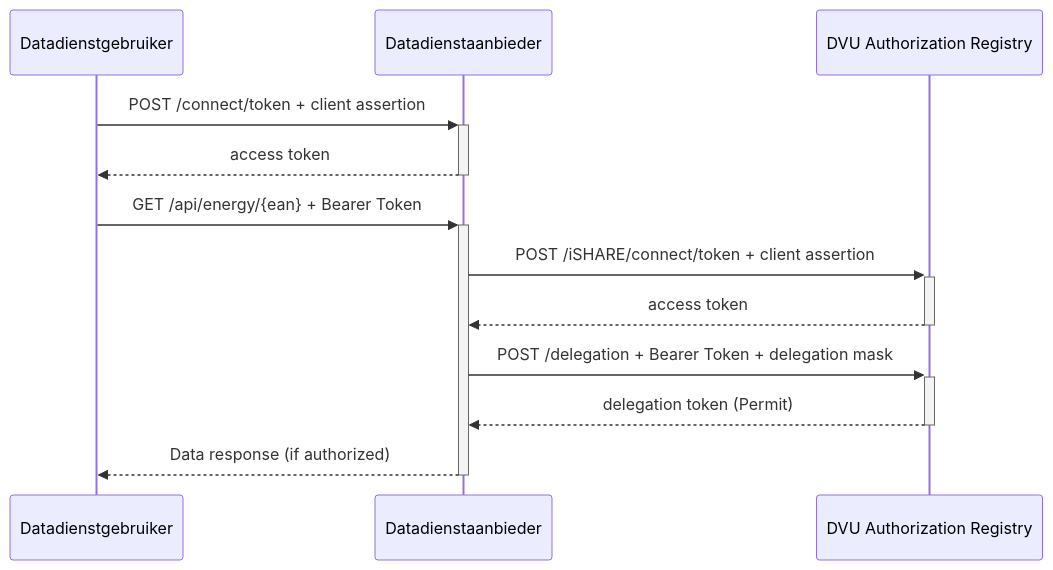
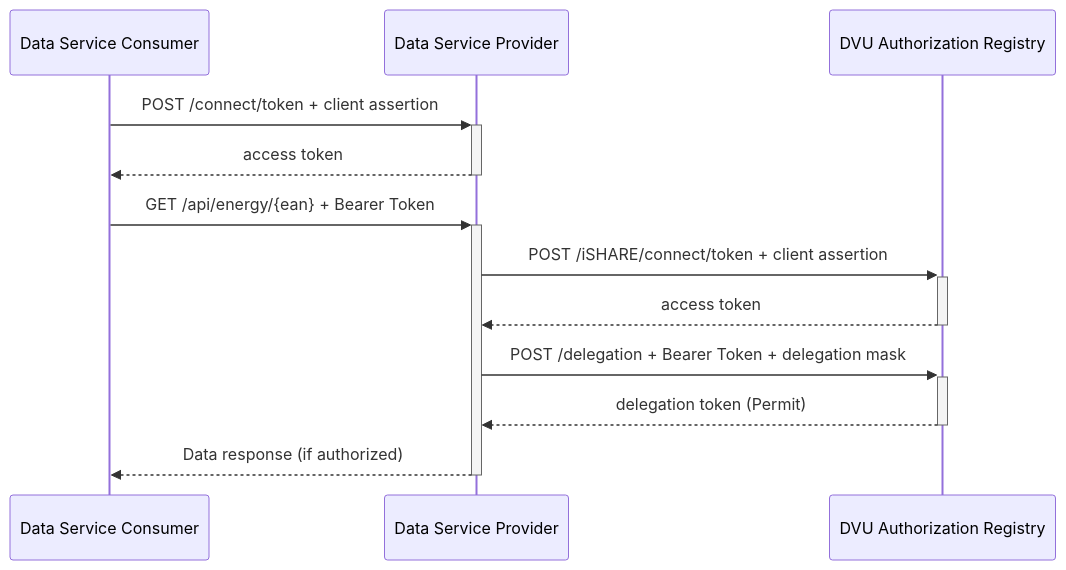
Before and after one commit to POORT8/Poort8.Docs: the diagram in dvu/data-service-provider.md, drawn with Mermaid. The commit also changed other lines of this file and 14 other files, not shown here.

````diff
--- a/dvu/data-service-provider.md
+++ b/dvu/data-service-provider.md
@@ -166,15 +158,15 @@
 ```mermaid
 sequenceDiagram
-    participant Datadienstgebruiker
-    participant DSP as Datadienstaanbieder
-    participant DVU_AR as DVU Authorization Registry
+    participant Consumer as Data Service Consumer
+    participant DSP as Data Service Provider
+    participant AR as DVU Authorization Registry
 
-    Datadienstgebruiker->>+DSP: POST /connect/token + client assertion
-    DSP-->>-Datadienstgebruiker: access token
-    Datadienstgebruiker->>+DSP: GET /api/energy/{ean} + Bearer Token
-    DSP->>+DVU_AR: POST /iSHARE/connect/token + client assertion
-    DVU_AR-->>-DSP: access token
-    DSP->>+DVU_AR: POST /delegation + Bearer Token + delegation mask
-    DVU_AR-->>-DSP: delegation token (Permit)
-    DSP-->>-Datadienstgebruiker: Data response (if authorized)
+    Consumer->>+DSP: POST /connect/token + client assertion
+    DSP-->>-Consumer: access token
+    Consumer->>+DSP: GET /api/energy/{ean} + Bearer Token
+    DSP->>+AR: POST /iSHARE/connect/token + client assertion
+    AR-->>-DSP: access token
+    DSP->>+AR: POST /delegation + Bearer Token + delegation mask
+    AR-->>-DSP: delegation token (Permit)
+    DSP-->>-Consumer: Data response (if authorized)
 ```
````
